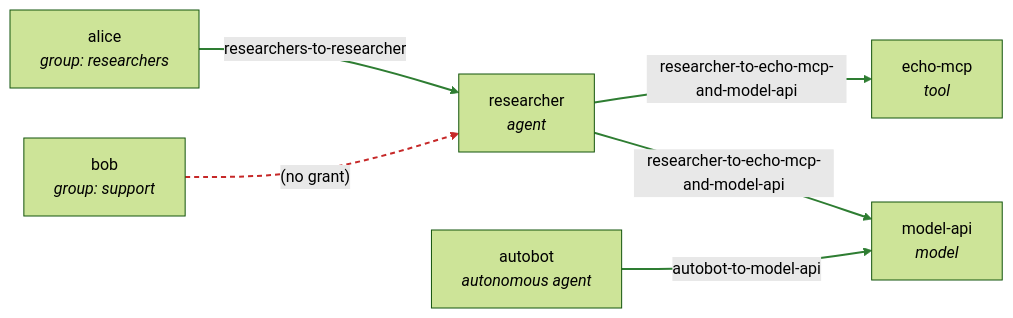
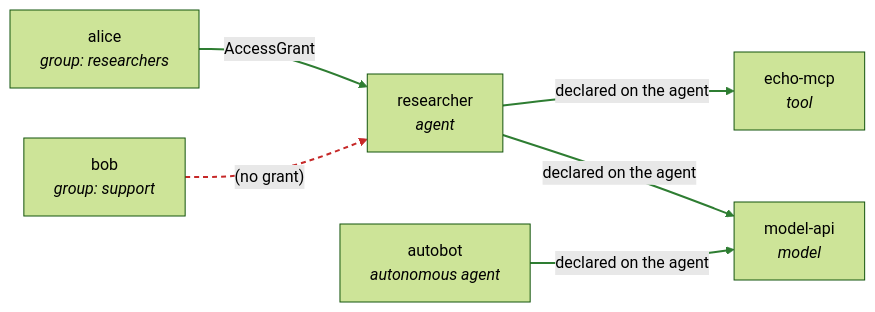
Before and after one commit to axsaucedo/kaos: the fourth of 12 diagrams in docs/examples/authorization.md, drawn with Mermaid (forest theme). The commit also changed other lines of this file and 1 other file, not shown here.

Commit message:
docs(samples): agent->resource access is derived from the agent spec, not a hand-written grant

````diff
--- a/docs/examples/authorization.md
+++ b/docs/examples/authorization.md
@@ -398,21 +360,21 @@
 ```mermaid
 flowchart LR
   alice["alice<br/><i>group: researchers</i>"]
   bob["bob<br/><i>group: support</i>"]
   RES["researcher<br/><i>agent</i>"]
   NR["autobot<br/><i>autonomous agent</i>"]
   MCP["echo-mcp<br/><i>tool</i>"]
   MODEL["model-api<br/><i>model</i>"]
 
-  alice -->|"researchers-to-researcher"| RES
+  alice -->|"AccessGrant"| RES
   bob -->|"(no grant)"| RES
-  RES -->|"researcher-to-echo-mcp-and-model-api"| MCP
-  RES -->|"researcher-to-echo-mcp-and-model-api"| MODEL
-  NR -->|"autobot-to-model-api"| MODEL
+  RES -->|"declared on the agent"| MCP
+  RES -->|"declared on the agent"| MODEL
+  NR -->|"declared on the agent"| MODEL
 
   linkStyle 0 stroke:#2e7d32,stroke-width:2px
   linkStyle 1 stroke:#c62828,stroke-width:2px,stroke-dasharray:5 4
   linkStyle 2 stroke:#2e7d32,stroke-width:2px
   linkStyle 3 stroke:#2e7d32,stroke-width:2px
   linkStyle 4 stroke:#2e7d32,stroke-width:2px
 ```
````
